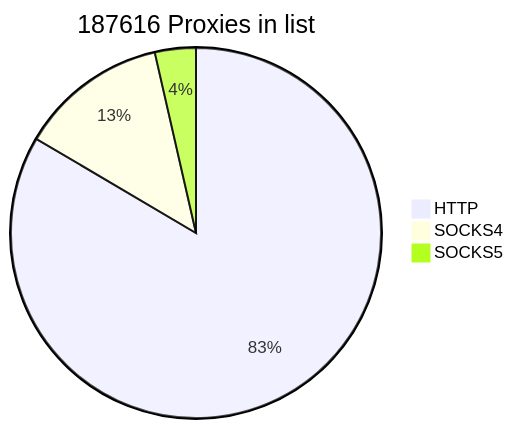
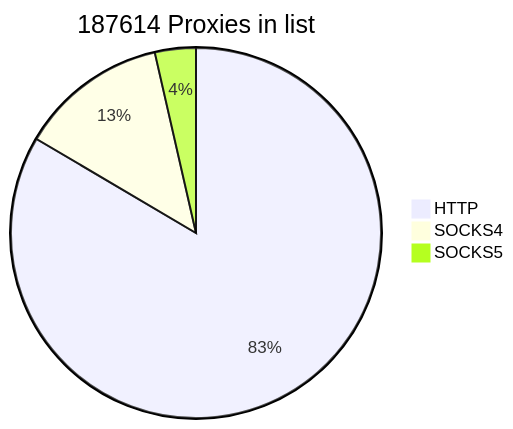
The first of 2 diagrams in README.md (cutipu/proxylist), drawn with Mermaid before and after one commit. The commit also changed other lines of this file, not shown here.

````diff
--- a/README.md
+++ b/README.md
@@ -2,7 +2,7 @@
 ```mermaid
-pie title 187616 Proxies in list
+pie title 187614 Proxies in list
     "HTTP" : 156622
-    "SOCKS4" : 24289
-    "SOCKS5" : 6705
+    "SOCKS4" : 24288
+    "SOCKS5" : 6704
             
 ```
````
